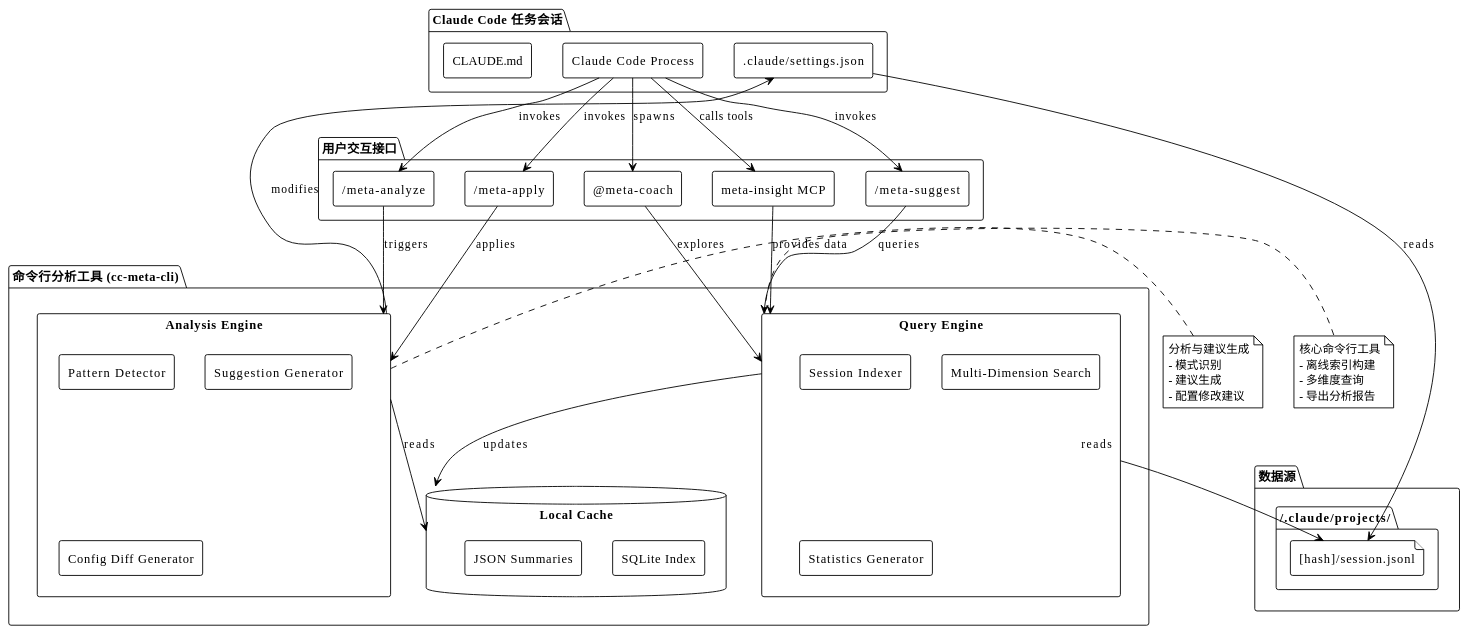
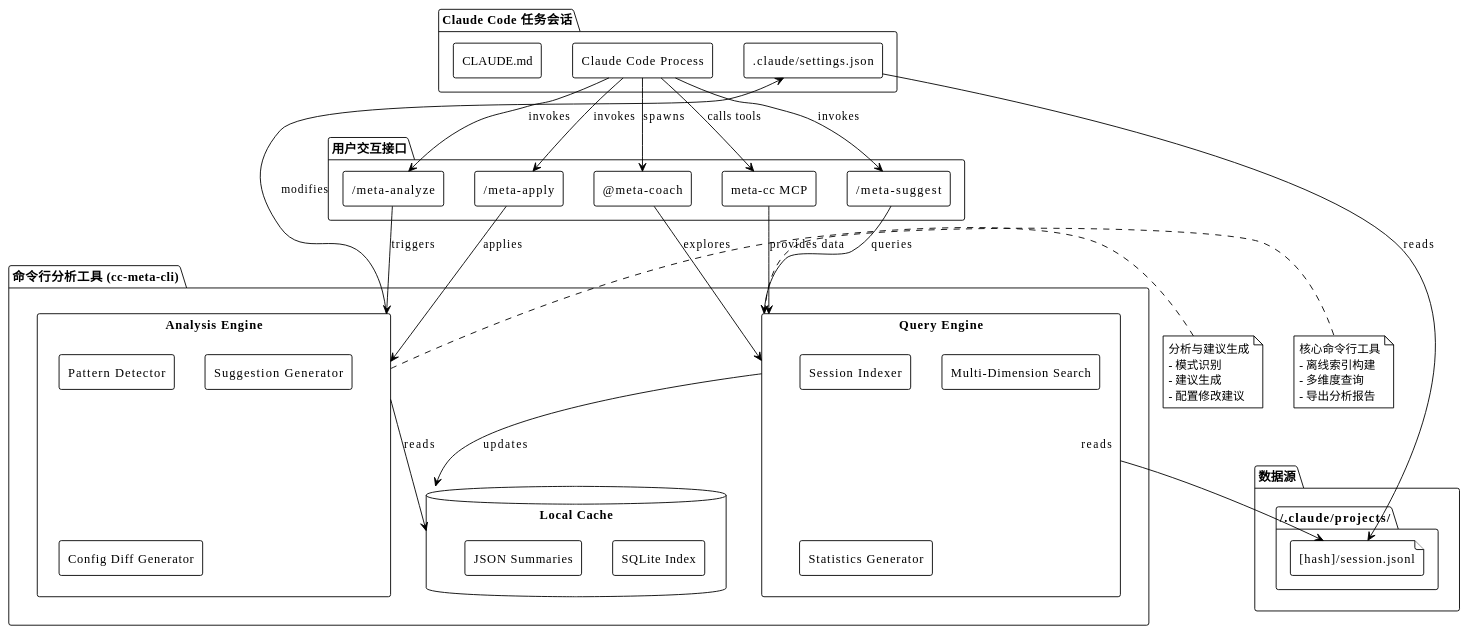
Before and after one commit to yaleh/meta-cc: the first of 20 diagrams in docs/proposals/candidates/proposal_2.md, drawn with PlantUML. The commit also changed other lines of this file and 23 other files, not shown here.

First line of the commit message:
refactor: rename meta-insight to meta-cc in docs and agents

````diff
--- a/docs/proposals/candidates/proposal_2.md
+++ b/docs/proposals/candidates/proposal_2.md
@@ -9,80 +9,80 @@
 ```plantuml
 @startuml
 !theme plain
 skinparam componentStyle rectangle
 
 package "Claude Code 任务会话" {
   [Claude Code Process] as CC
   [.claude/settings.json] as Settings
   [CLAUDE.md] as Memory
 }
 
 package "用户交互接口" {
   [/meta-suggest] as SlashSuggest
   [/meta-analyze] as SlashAnalyze
   [/meta-apply] as SlashApply
   [@meta-coach] as Subagent
-  [meta-insight MCP] as MCP
+  [meta-cc MCP] as MCP
 }
 
 package "命令行分析工具 (cc-meta-cli)" {
   component "Query Engine" as QueryEngine {
     [Session Indexer] as Indexer
     [Multi-Dimension Search] as Search
     [Statistics Generator] as Stats
   }
   
   component "Analysis Engine" as AnalysisEngine {
     [Pattern Detector] as Pattern
     [Suggestion Generator] as SugGen
     [Config Diff Generator] as ConfigGen
   }
   
   database "Local Cache" as Cache {
     [SQLite Index] as SQLite
     [JSON Summaries] as JSON
   }
 }
 
 package "数据源" {
   folder "~/.claude/projects/" as Projects {
     file "[hash]/session.jsonl" as JSONL
   }
   
   [Settings] --> JSONL : reads
 }
 
 ' 数据流
 CC --> SlashSuggest : invokes
 CC --> SlashAnalyze : invokes
 CC --> SlashApply : invokes
 CC --> Subagent : spawns
 CC --> MCP : calls tools
 
 SlashSuggest --> QueryEngine : queries
 SlashAnalyze --> AnalysisEngine : triggers
 SlashApply --> AnalysisEngine : applies
 Subagent --> QueryEngine : explores
 MCP --> QueryEngine : provides data
 
 QueryEngine --> JSONL : reads
 QueryEngine --> Cache : updates
 AnalysisEngine --> Cache : reads
 AnalysisEngine --> Settings : modifies
 
 note right of QueryEngine
   核心命令行工具
   - 离线索引构建
   - 多维度查询
   - 导出分析报告
 end note
 
 note right of AnalysisEngine
   分析与建议生成
   - 模式识别
   - 建议生成
   - 配置修改建议
 end note
 
 @enduml
 ```
````
